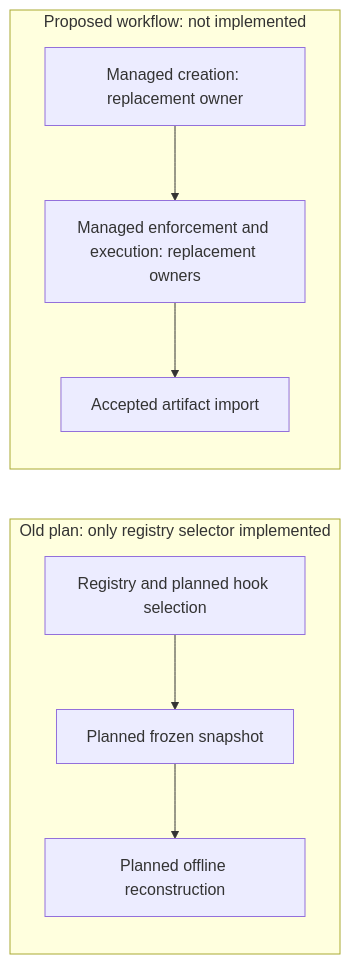
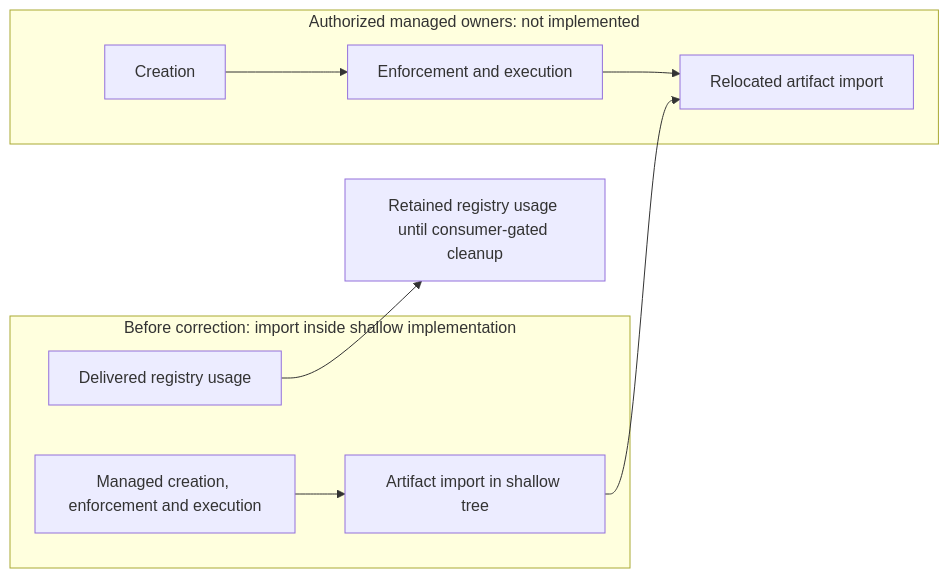
One commit to msitarz/ataraxia changed the diagram in doc/feat/reviewable-workflow-v2/trial-preparation/workflow-efficiency/shallow-executor-clones/implementation/README.md. Above: the diagram before and after it, drawn with Mermaid. The commit also changed other lines of this file and 9 other files, not shown here.

````diff
--- a/doc/feat/reviewable-workflow-v2/trial-preparation/workflow-efficiency/shallow-executor-clones/implementation/README.md
+++ b/doc/feat/reviewable-workflow-v2/trial-preparation/workflow-efficiency/shallow-executor-clones/implementation/README.md
@@ -16,11 +18,13 @@
 ```mermaid
 flowchart LR
-    subgraph Before[Old plan: only registry selector implemented]
-        S[Registry and planned hook selection] --> F[Planned frozen snapshot]
-        F --> O[Planned offline reconstruction]
+    subgraph Before[Before correction: import inside shallow implementation]
+        M[Managed creation, enforcement and execution] --> A[Artifact import in shallow tree]
+        U[Delivered registry usage]
     end
-    subgraph Proposed[Proposed workflow: not implemented]
-        P[Managed creation: replacement owner] --> R[Managed enforcement and execution: replacement owners]
-        R --> A[Accepted artifact import]
+    subgraph After[Authorized managed owners: not implemented]
+        C[Creation] --> E[Enforcement and execution]
+        E --> I[Relocated artifact import]
     end
+    A --> I
+    U --> R[Retained registry usage until consumer-gated cleanup]
 ```
````
